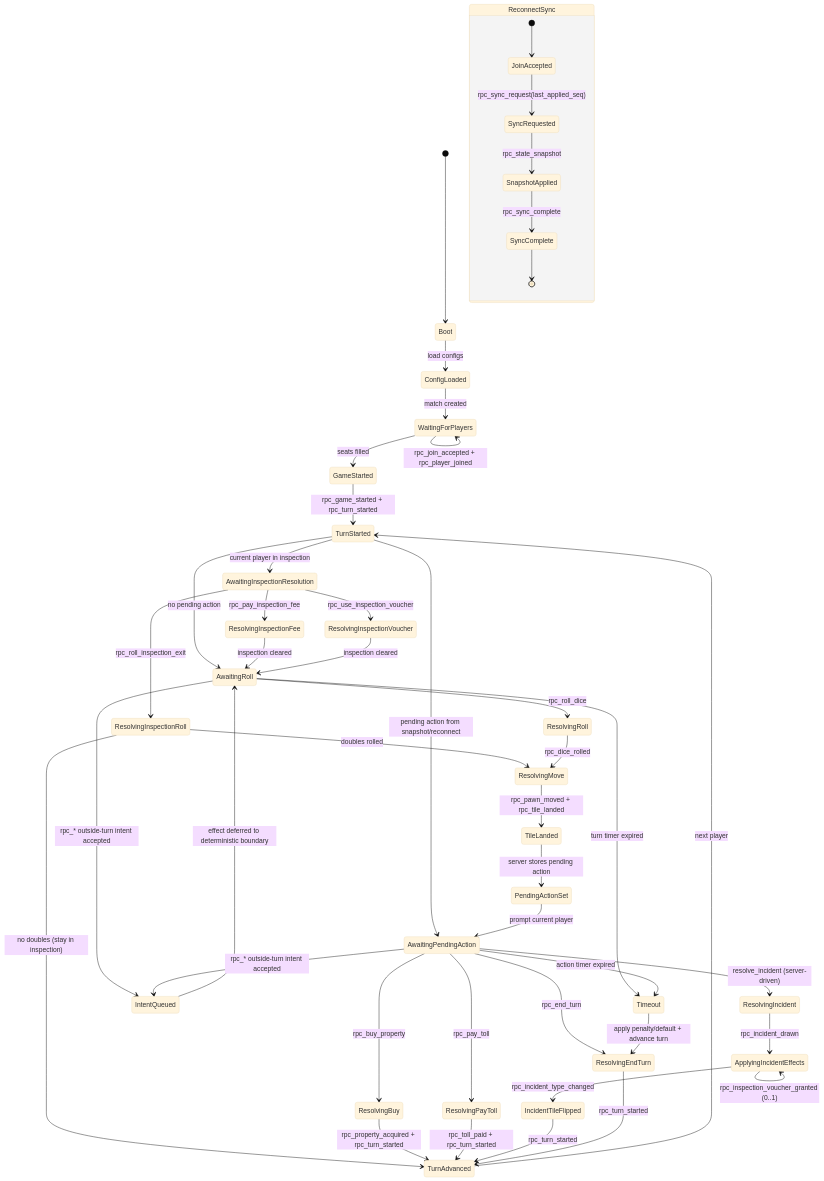
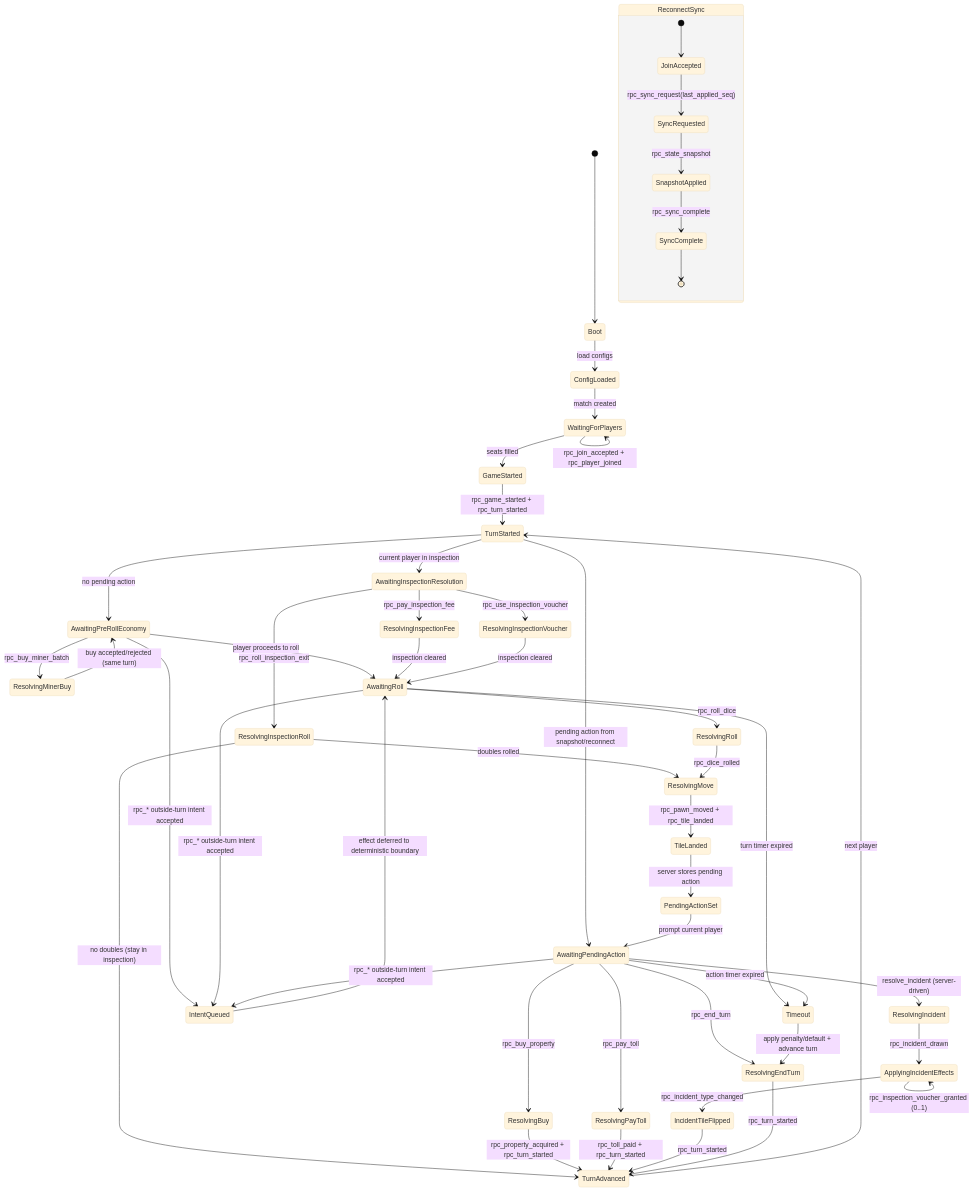
Before and after one commit to Falafel-Open-Games/evanopolis-ui-slice: the diagram in docs/state-machine.md, drawn with Mermaid (base theme). The commit also changed other lines of this file and 20 other files, not shown here.

First line of the commit message:
feat: add pre-roll miner batch purchase flow

````diff
--- a/docs/state-machine.md
+++ b/docs/state-machine.md
@@ -5,56 +5,60 @@
 ```mermaid
 stateDiagram-v2
     [*] --> Boot
     Boot --> ConfigLoaded: load configs
     ConfigLoaded --> WaitingForPlayers: match created
     WaitingForPlayers --> WaitingForPlayers: rpc_join (reject invalid)
     WaitingForPlayers --> WaitingForPlayers: rpc_join_accepted + rpc_player_joined
     WaitingForPlayers --> GameStarted: seats filled
     GameStarted --> TurnStarted: rpc_game_started + rpc_turn_started
 
-    TurnStarted --> AwaitingRoll: no pending action
+    TurnStarted --> AwaitingPreRollEconomy: no pending action
     TurnStarted --> AwaitingInspectionResolution: current player in inspection
     TurnStarted --> AwaitingPendingAction: pending action from snapshot/reconnect
+    AwaitingPreRollEconomy --> ResolvingMinerBuy: rpc_buy_miner_batch
+    ResolvingMinerBuy --> AwaitingPreRollEconomy: buy accepted/rejected (same turn)
+    AwaitingPreRollEconomy --> AwaitingRoll: player proceeds to roll
     AwaitingInspectionResolution --> ResolvingInspectionFee: rpc_pay_inspection_fee
     AwaitingInspectionResolution --> ResolvingInspectionVoucher: rpc_use_inspection_voucher
     AwaitingInspectionResolution --> ResolvingInspectionRoll: rpc_roll_inspection_exit
     ResolvingInspectionFee --> AwaitingRoll: inspection cleared
     ResolvingInspectionVoucher --> AwaitingRoll: inspection cleared
     ResolvingInspectionRoll --> ResolvingMove: doubles rolled
     ResolvingInspectionRoll --> TurnAdvanced: no doubles (stay in inspection)
     AwaitingRoll --> ResolvingRoll: rpc_roll_dice
     ResolvingRoll --> ResolvingMove: rpc_dice_rolled
     ResolvingMove --> TileLanded: rpc_pawn_moved + rpc_tile_landed
     TileLanded --> PendingActionSet: server stores pending action
     PendingActionSet --> AwaitingPendingAction: prompt current player
     AwaitingPendingAction --> ResolvingBuy: rpc_buy_property
     AwaitingPendingAction --> ResolvingPayToll: rpc_pay_toll
     AwaitingPendingAction --> ResolvingIncident: resolve_incident (server-driven)
     AwaitingPendingAction --> ResolvingEndTurn: rpc_end_turn
     ResolvingBuy --> TurnAdvanced: rpc_property_acquired + rpc_turn_started
     ResolvingPayToll --> TurnAdvanced: rpc_toll_paid + rpc_turn_started
     ResolvingIncident --> ApplyingIncidentEffects: rpc_incident_drawn
     ApplyingIncidentEffects --> ApplyingIncidentEffects: rpc_player_balance_changed (0..N)
     ApplyingIncidentEffects --> ApplyingIncidentEffects: rpc_player_sent_to_inspection (0..1)
     ApplyingIncidentEffects --> ApplyingIncidentEffects: rpc_inspection_voucher_granted (0..1)
     ApplyingIncidentEffects --> IncidentTileFlipped: rpc_incident_type_changed
     IncidentTileFlipped --> TurnAdvanced: rpc_turn_started
     ResolvingEndTurn --> TurnAdvanced: rpc_turn_started
     TurnAdvanced --> TurnStarted: next player
 
+    AwaitingPreRollEconomy --> IntentQueued: rpc_* outside-turn intent accepted
     AwaitingRoll --> IntentQueued: rpc_* outside-turn intent accepted
     AwaitingPendingAction --> IntentQueued: rpc_* outside-turn intent accepted
     IntentQueued --> AwaitingRoll: effect deferred to deterministic boundary
 
     AwaitingRoll --> Timeout: turn timer expired
     AwaitingPendingAction --> Timeout: action timer expired
     Timeout --> ResolvingEndTurn: apply penalty/default + advance turn
 
     state ReconnectSync {
       [*] --> JoinAccepted
       JoinAccepted --> SyncRequested: rpc_sync_request(last_applied_seq)
       SyncRequested --> SnapshotApplied: rpc_state_snapshot
       SnapshotApplied --> SyncComplete: rpc_sync_complete
       SyncComplete --> [*]
     }
 ```
````
